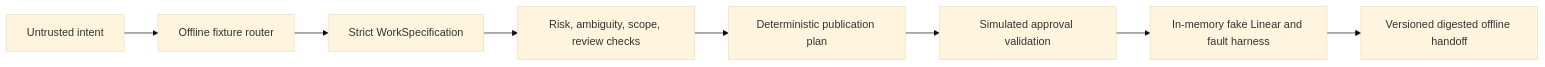
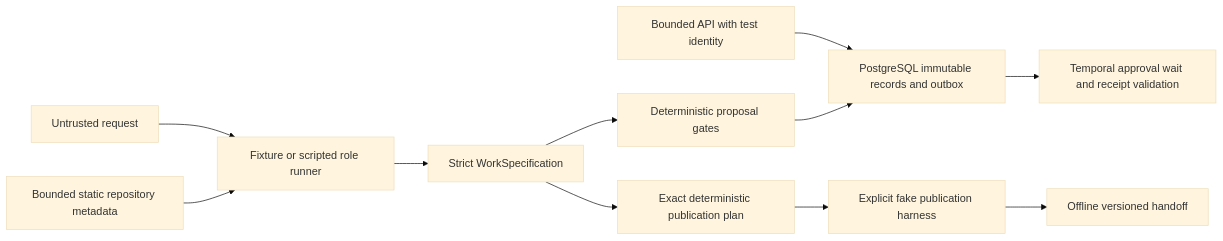
Before and after one commit to ahines99/agentic-product-ops: the diagram in docs/architecture.md, drawn with Mermaid (base theme). The commit also changed other lines of this file and 60 other files, not shown here.

````diff
--- a/docs/architecture.md
+++ b/docs/architecture.md
@@ -5,10 +5,13 @@
 ```mermaid
 flowchart LR
-    Input[Untrusted intent] --> Draft[Offline fixture router]
-    Draft --> Contract[Strict WorkSpecification]
-    Contract --> Gates[Risk, ambiguity, scope, review checks]
-    Gates --> Plan[Deterministic publication plan]
-    Plan --> Approval[Simulated approval validation]
-    Approval --> Fake[In-memory fake Linear and fault harness]
-    Fake --> Artifact[Versioned digested offline handoff]
+    Source[Untrusted request] --> Fixture[Fixture or scripted role runner]
+    Repo[Bounded static repository metadata] --> Fixture
+    Fixture --> Spec[Strict WorkSpecification]
+    Spec --> Gates[Deterministic proposal gates]
+    API[Bounded API with test identity] --> PG[PostgreSQL immutable records and outbox]
+    Gates --> PG
+    PG --> Temporal[Temporal approval wait and receipt validation]
+    Spec --> Plan[Exact deterministic publication plan]
+    Plan --> Sim[Explicit fake publication harness]
+    Sim --> Handoff[Offline versioned handoff]
 ```
````
